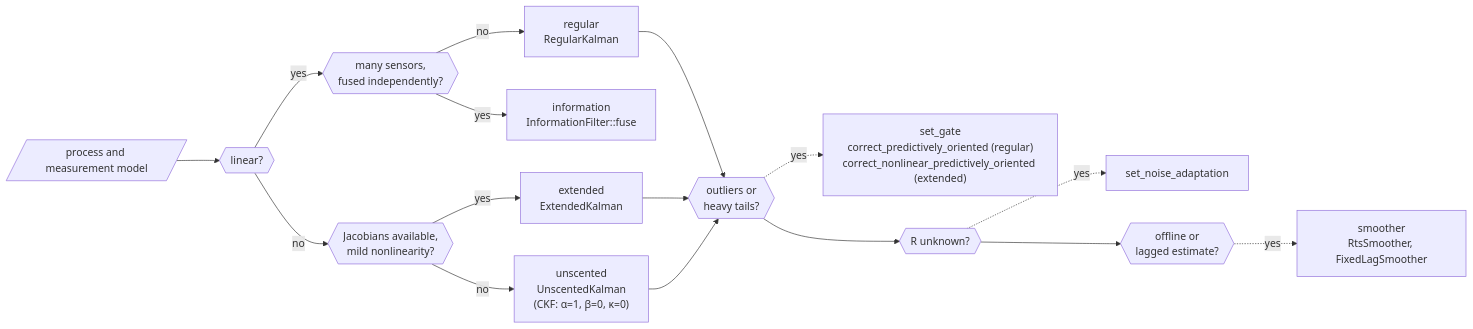
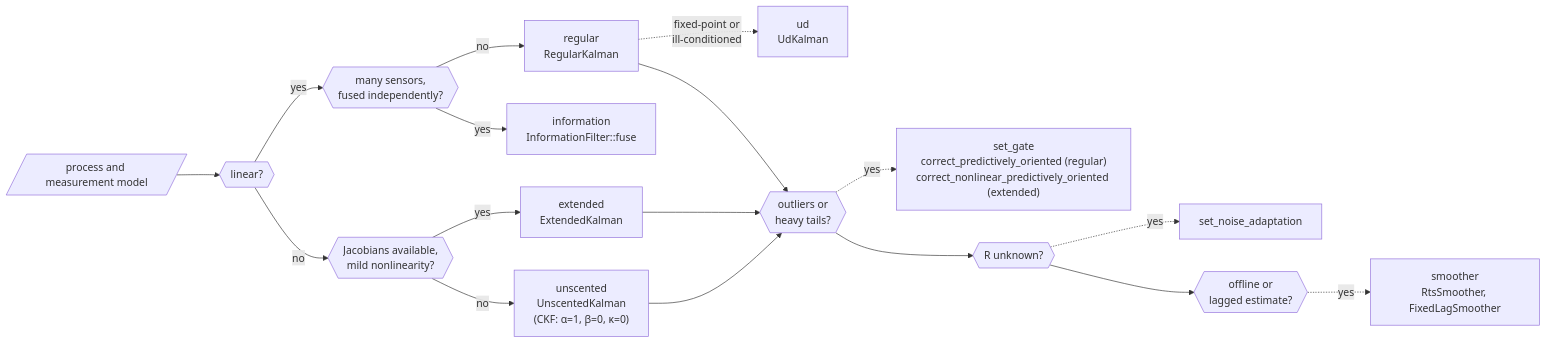
One commit to sunsided/minikalman-rs changed the diagram in crates/minikalman/docs/diagrams/choose-filter.mmd. Above: the diagram before and after it, drawn with Mermaid. The commit also changed 9 other files, not shown here.

```diff
--- a/crates/minikalman/docs/diagrams/choose-filter.mmd
+++ b/crates/minikalman/docs/diagrams/choose-filter.mmd
@@ -1,32 +1,34 @@
 flowchart LR
     %% Which filter fits a problem. Style: see docs/diagrams/README.md.
     %% The root README.md holds an inline copy of this diagram; keep the two in sync.
     %% Checks are hexagons; answers are rectangles naming the module and the type or method.
     model[/"process and measurement model"/]
     linear{{"linear?"}}
     fusion{{"many sensors,<br/>fused independently?"}}
     jacobians{{"Jacobians available,<br/>mild nonlinearity?"}}
     regular["regular<br/>RegularKalman"]
     information["information<br/>InformationFilter::fuse"]
+    ud["ud<br/>UdKalman"]
     extended["extended<br/>ExtendedKalman"]
     unscented["unscented<br/>UnscentedKalman<br/>(CKF: α=1, β=0, κ=0)"]
     outliers{{"outliers or<br/>heavy tails?"}}
     gate["set_gate<br/>correct_predictively_oriented (regular)<br/>correct_nonlinear_predictively_oriented (extended)"]
     noise{{"R unknown?"}}
     adapt["set_noise_adaptation"]
     offline{{"offline or<br/>lagged estimate?"}}
     smoother["smoother<br/>RtsSmoother, FixedLagSmoother"]
     model --> linear
     linear -- yes --> fusion
     fusion -- no --> regular
     fusion -- yes --> information
+    regular -. "fixed-point or<br/>ill-conditioned" .-> ud
     linear -- no --> jacobians
     jacobians -- yes --> extended
     jacobians -- no --> unscented
     regular & extended & unscented --> outliers
     outliers -. yes .-> gate
     outliers --> noise
     noise -. yes .-> adapt
     noise --> offline
     offline -. yes .-> smoother
     classDef focus fill:#fbbf24,stroke:#b45309,stroke-width:3px,color:#1c1917
```
